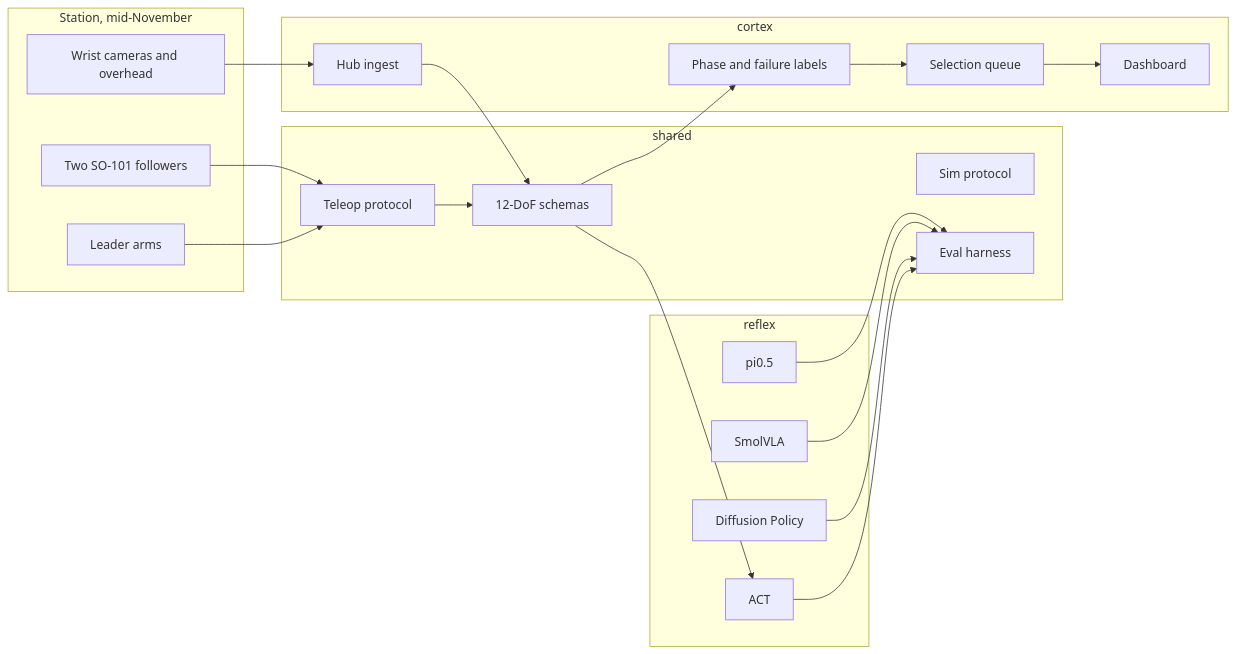
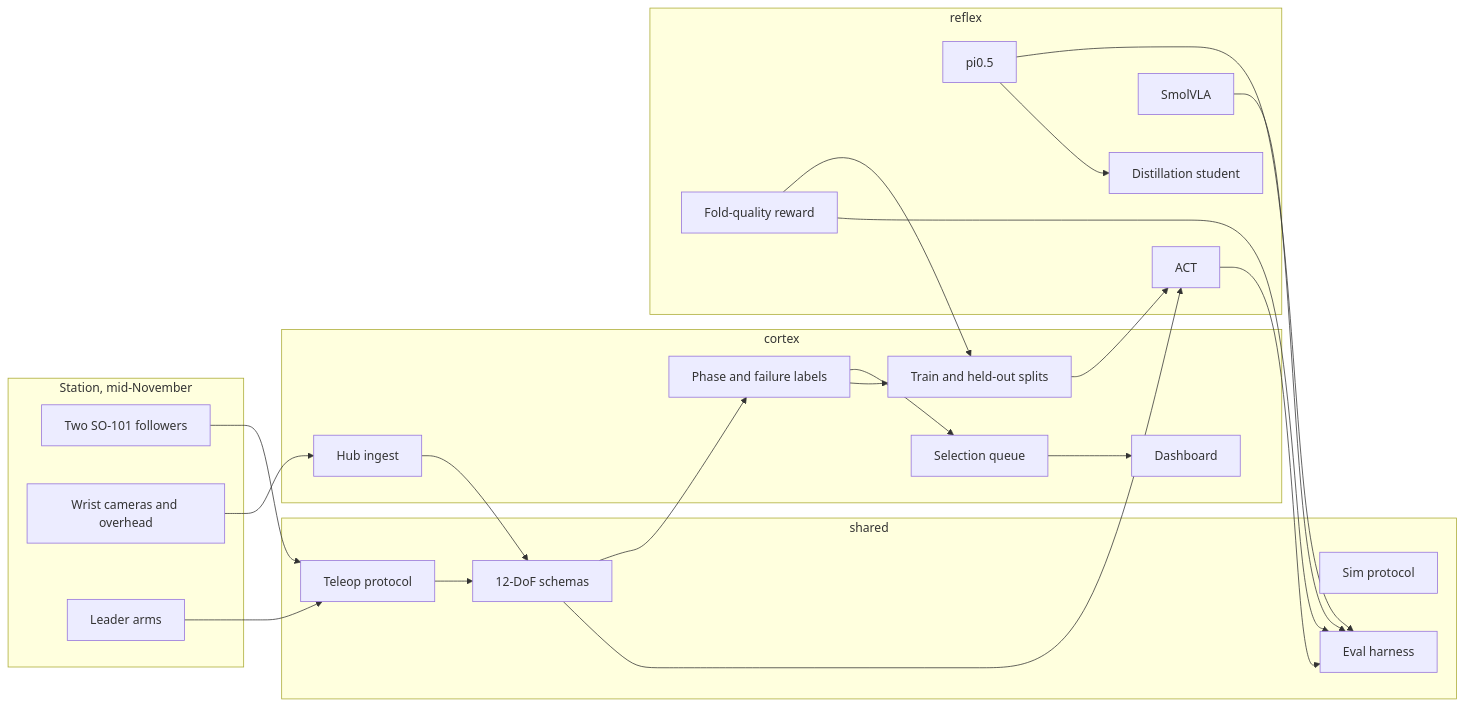
One commit to 717Andy/Cortex-and-Reflex changed the diagram in README.md. Above: the diagram before and after it, drawn with Mermaid. The commit also changed other lines of this file and 36 other files, not shown here.

First line of the commit message:
Add reward, VLA dry-runs, eval, curation, and distillation. (#3)

````diff
--- a/README.md
+++ b/README.md
@@ -12,43 +15,49 @@
 ```mermaid
 flowchart LR
   subgraph station [Station, mid-November]
     Arms[Two SO-101 followers]
     Cams[Wrist cameras and overhead]
     Leaders[Leader arms]
   end
 
   subgraph sharedPkg [shared]
     Schemas[12-DoF schemas]
     Teleop[Teleop protocol]
     Sim[Sim protocol]
     Harness[Eval harness]
   end
 
   subgraph cortexPkg [cortex]
     Ingest[Hub ingest]
     Label[Phase and failure labels]
     Queue[Selection queue]
+    Curate[Train and held-out splits]
     Dash[Dashboard]
   end
 
   subgraph reflexPkg [reflex]
     ACT[ACT]
-    Diffusion[Diffusion Policy]
     Smol[SmolVLA]
     Pi[pi0.5]
+    Reward[Fold-quality reward]
+    Student[Distillation student]
   end
 
   Leaders --> Teleop
   Arms --> Teleop
   Cams --> Ingest
   Teleop --> Schemas
   Ingest --> Schemas
   Schemas --> Label
   Label --> Queue
+  Label --> Curate
+  Reward --> Curate
   Queue --> Dash
+  Curate --> ACT
   Schemas --> ACT
   ACT --> Harness
-  Diffusion --> Harness
   Smol --> Harness
   Pi --> Harness
+  Reward --> Harness
+  Pi --> Student
 ```
````
